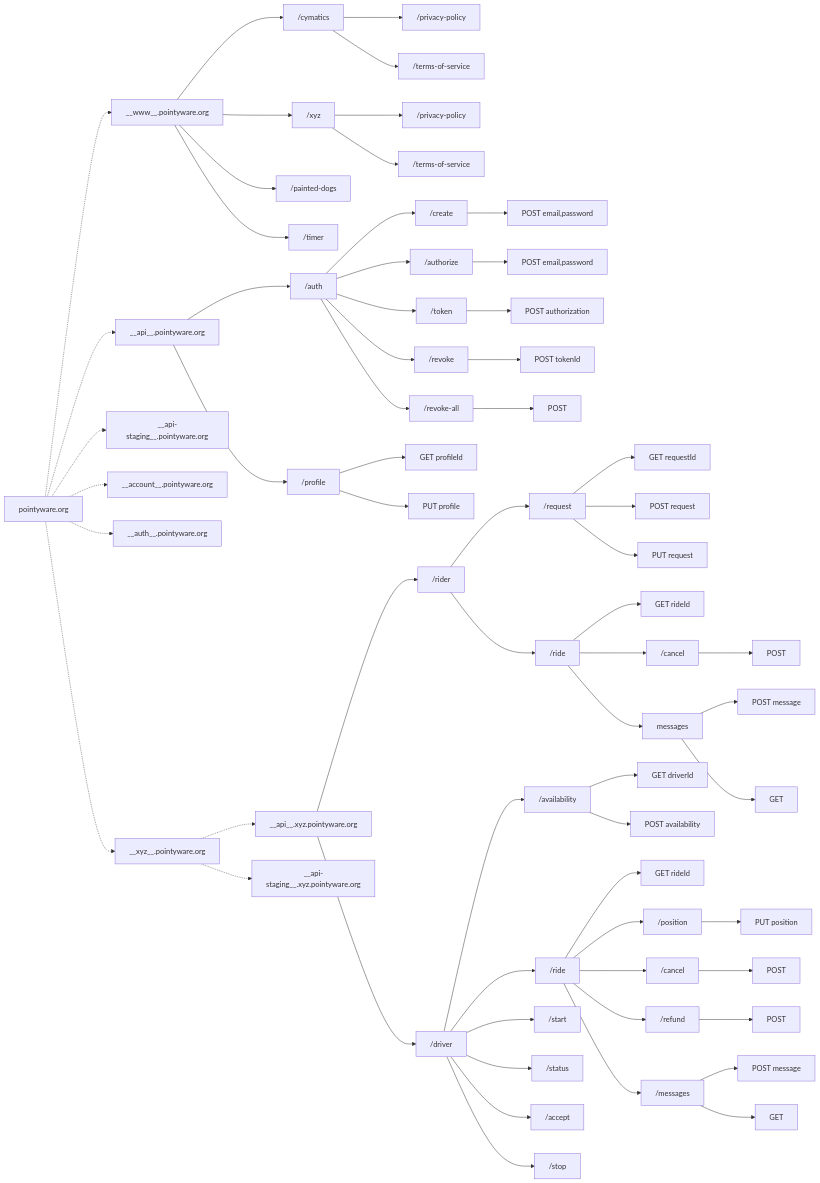
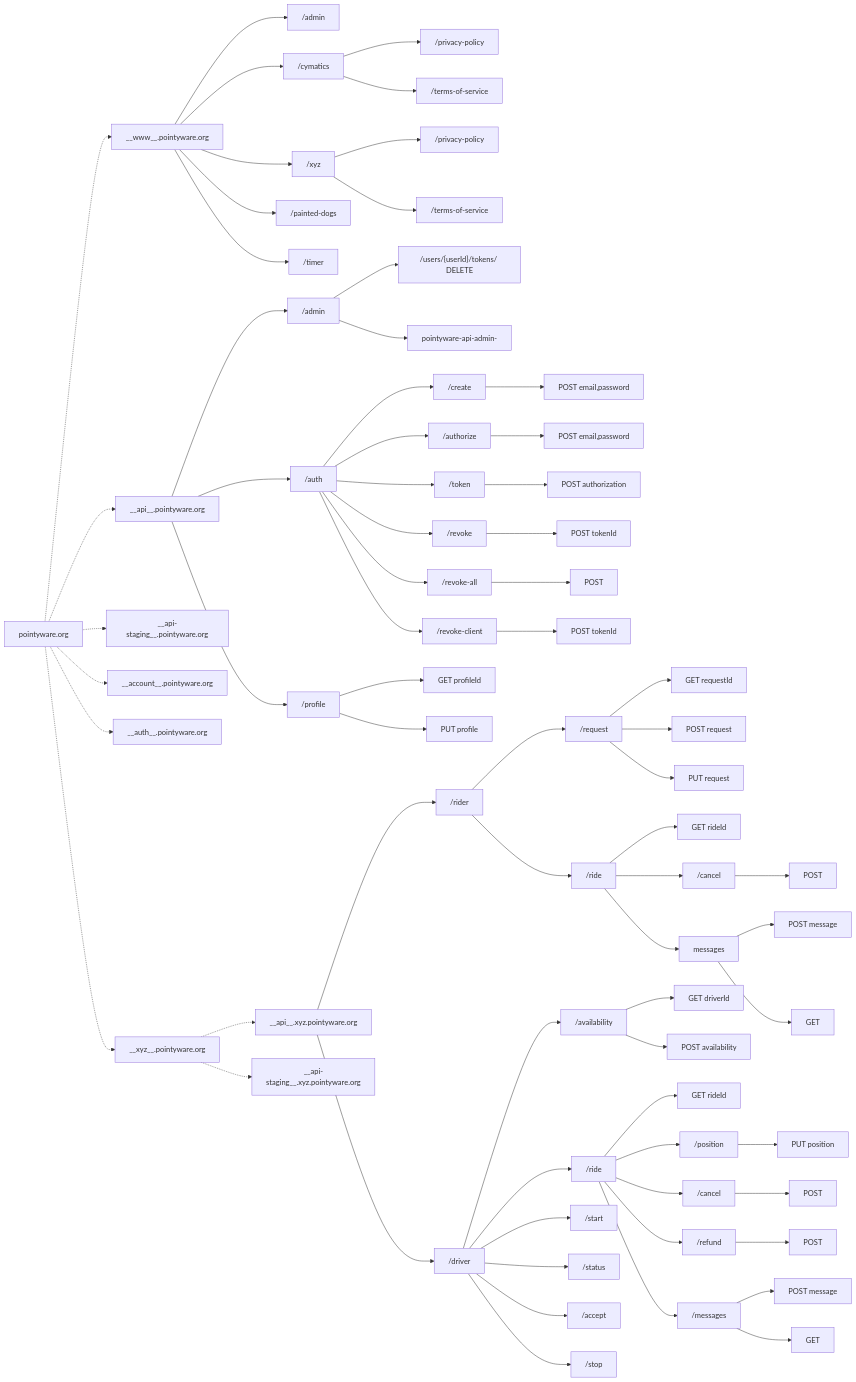
Before and after one commit to Pointyware/XYZ: the diagram in api/sitemap.md, drawn with Mermaid.

Commit message:
Start admin endpoints

````diff
--- a/api/sitemap.md
+++ b/api/sitemap.md
@@ -4,69 +4,76 @@
 ```mermaid
 
 flowchart LR
     top-level-domain["pointyware.org"]
     top-level-domain -.-> pointyware-site["__www__.pointyware.org"]
     
-    pointyware-site --> pointyware-site-cymatics["/cymatics"] 
+    pointyware-site --> pointyware-site-admin["/admin"]
+
+    pointyware-site --> pointyware-site-cymatics["/cymatics"]
     pointyware-site-cymatics --> pointyware-site-cymatics-privacy["/privacy-policy"]
     pointyware-site-cymatics --> pointyware-site-cymatics-terms["/terms-of-service"]
     
     pointyware-site --> pointyware-site-xyz["/xyz"]
     pointyware-site-xyz --> pointyware-site-xyz-privacy["/privacy-policy"]
     pointyware-site-xyz --> pointyware-site-xyz-terms["/terms-of-service"]
     
     pointyware-site --> pointyware-site-paintedDogs["/painted-dogs"]
     pointyware-site --> pointyware-site-timer["/timer"]
     
     top-level-domain -.-> pointyware-api["__api__.pointyware.org"]
     top-level-domain -.-> pointyware-api-staging["__api-staging__.pointyware.org"]
     top-level-domain -.-> pointyware-api-alt1["__account__.pointyware.org"]
     top-level-domain -.-> pointyware-api-alt2["__auth__.pointyware.org"]
     
+    pointyware-api --> pointyware-api-admin["/admin"]
+    pointyware-api-admin --> pointyware-api-admin-users-id-tokens-delete["/users/{userId}/tokens/ DELETE"]
+    pointyware-api-admin --> pointyware-api-admin-
+
     pointyware-api --> pointyware-api-auth["/auth"]
     pointyware-api-auth --> pointyware-api-auth-create["/create"]
     pointyware-api-auth-create --> pointyware-api-auth-create-post["POST email,password"]
     pointyware-api-auth --> pointyware-api-auth-authorize["/authorize"] --> pointyware-api-auth-authorize-post["POST email,password"]
     pointyware-api-auth --> pointyware-api-auth-token["/token"] --> pointyware-api-auth-token-post["POST authorization"]
     pointyware-api-auth --> pointyware-api-auth-revoke["/revoke"] --> pointyware-api-auth-revoke-post["POST tokenId"]
     pointyware-api-auth --> pointyware-api-auth-revoke-all["/revoke-all"] --> pointyware-api-auth-revoke-all-post["POST"]
+    pointyware-api-auth --> pointyware-api-auth-revoke-client["/revoke-client"] --> pointyware-api-auth-revoke-client-post["POST tokenId"]
     
     pointyware-api --> pointyware-api-profile["/profile"]
     pointyware-api-profile --> pointyware-api-profile-get["GET profileId"]
     pointyware-api-profile --> pointyware-api-profile-put["PUT profile"]
 
     top-level-domain -.-> xyz-site["__xyz__.pointyware.org"]
     xyz-site -.-> xyz-api["__api__.xyz.pointyware.org"]
     xyz-site -.-> xyz-api-staging["__api-staging__.xyz.pointyware.org"]
 
     xyz-api --> xyz-api-rider["/rider"]
     xyz-api-rider --> xyz-api-rider-request["/request"]
     xyz-api-rider-request --> xyz-api-rider-request-get["GET requestId"]
     xyz-api-rider-request --> xyz-api-rider-request-post["POST request"]
     xyz-api-rider-request --> xyz-api-rider-request-put["PUT request"]
     xyz-api-rider --> xyz-api-rider-ride["/ride"]
     xyz-api-rider-ride --> xyz-api-rider-ride-get["GET rideId"]
     xyz-api-rider-ride --> xyz-api-rider-ride-cancel["/cancel"] --> xyz-api-rider-ride-cancle-post["POST"]
     xyz-api-rider-ride --> xyz-api-rider-ride-messages["messages"]
     xyz-api-rider-ride-messages --> xyz-api-rider-ride-messages-post["POST message"]
     xyz-api-rider-ride-messages --> xyz-api-rider-ride-messages-get["GET"]
     
     xyz-api --> xyz-api-driver["/driver"]
     xyz-api-driver --> xyz-api-driver-availability["/availability"]
     xyz-api-driver-availability --> xyz-api-driver-availability-get["GET driverId"]
     xyz-api-driver-availability --> xyz-api-driver-availability-post["POST availability"]
     xyz-api-driver --> xyz-api-driver-ride["/ride"]
     xyz-api-driver-ride --> xyz-api-driver-ride-get["GET rideId"]
     xyz-api-driver-ride --> xyz-api-driver-ride-position["/position"]
     xyz-api-driver-ride-position --> xyz-api-driver-ride-position-put["PUT position"]
     xyz-api-driver-ride --> xyz-api-driver-ride-cancel["/cancel"] --> xyz-api-driver-ride-cancel-post["POST"]
     xyz-api-driver-ride --> xyz-api-driver-ride-refund["/refund"]
     xyz-api-driver-ride-refund --> xyz-api-driver-ride-refund-post["POST"]
     xyz-api-driver --> xyz-api-driver-start["/start"]
     xyz-api-driver --> xyz-api-driver-status["/status"]
     xyz-api-driver --> xyz-api-driver-accept["/accept"]
     xyz-api-driver --> xyz-api-driver-stop["/stop"]
     xyz-api-driver-ride --> xyz-api-driver-ride-messages["/messages"]
     xyz-api-driver-ride-messages --> xyz-api-driver-ride-messages-post["POST message"]
     xyz-api-driver-ride-messages --> xyz-api-driver-ride-messages-get["GET"]
 ```
````
